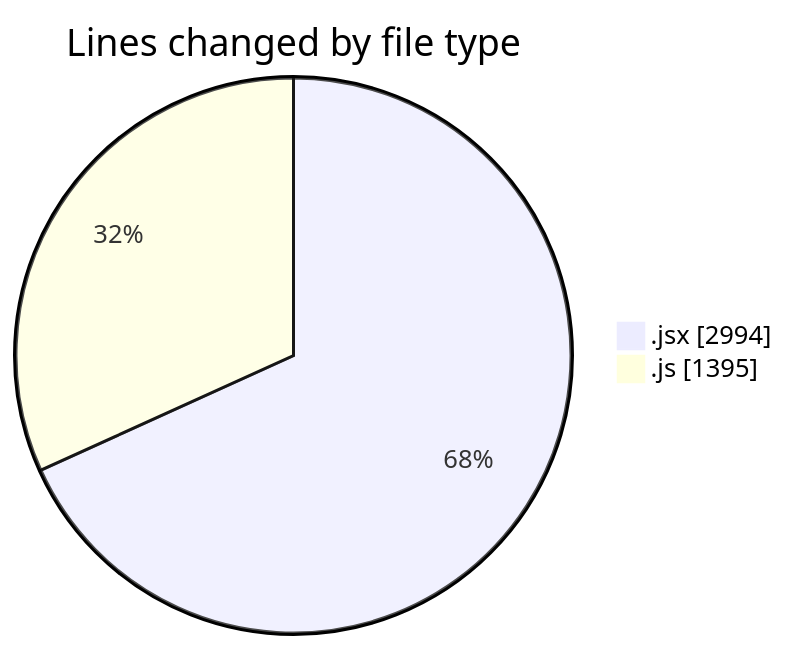
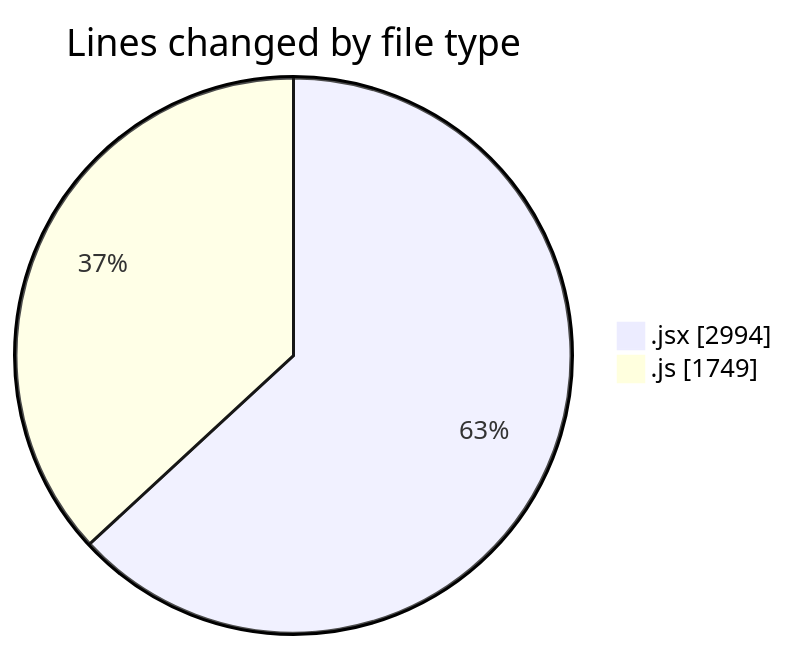
Before and after one commit to nxtqubesakshisongat/code-tracking: the first of 2 diagrams in 2025-07-19/nxtqube_webapp/README.md, drawn with Mermaid. The commit also changed other lines of this file and 1 other file, not shown here.

````diff
--- a/2025-07-19/nxtqube_webapp/README.md
+++ b/2025-07-19/nxtqube_webapp/README.md
@@ -29,6 +30,6 @@
 ```mermaid
 pie showData
 title Lines changed by file type
 ".jsx" : 2994
-".js" : 1395
+".js" : 1749
 ```
````
